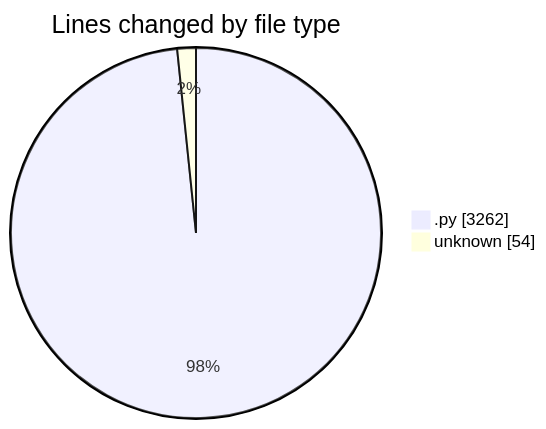
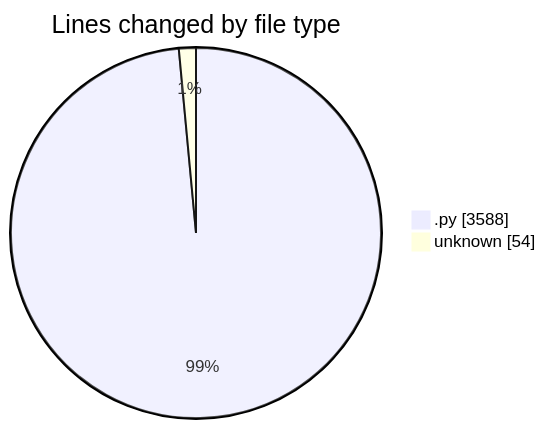
One commit to julien-gomy/code-tracking changed the first of 2 diagrams in 2025-11-21/eventscop-api-guide__workspace_/README.md. Above: the diagram before and after it, drawn with Mermaid. The commit also changed other lines of this file and 1 other file, not shown here.

````diff
--- a/2025-11-21/eventscop-api-guide__workspace_/README.md
+++ b/2025-11-21/eventscop-api-guide__workspace_/README.md
@@ -35,6 +38,6 @@
 ```mermaid
 pie showData
 title Lines changed by file type
-".py" : 3262
+".py" : 3588
 "unknown" : 54
 ```
````
